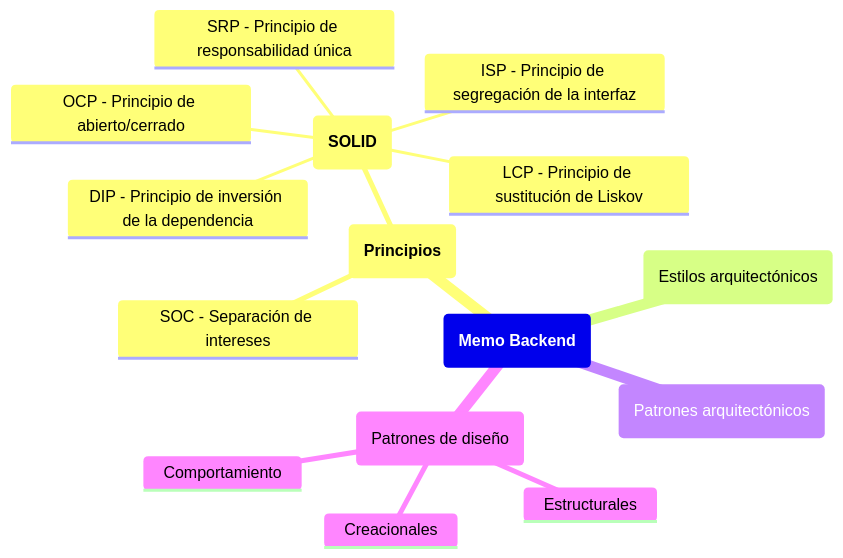
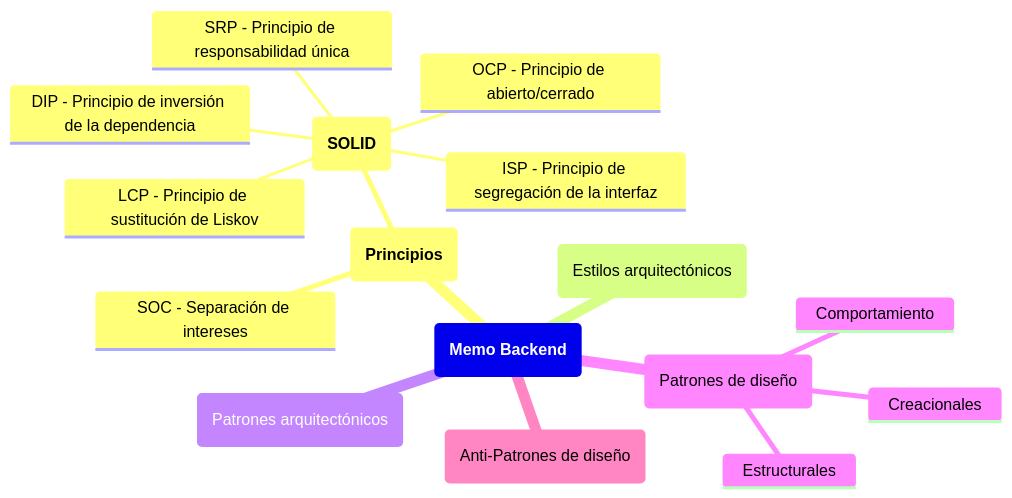
The first of 4 diagrams in pages/mapamental.md (urrestarazu-alejandro/memo-backend), drawn with Mermaid before and after one commit.

Commit message:
Mapa mental agrego anti-patrones

````diff
--- a/pages/mapamental.md
+++ b/pages/mapamental.md
@@ -10,27 +10,29 @@
 ```mermaid
 mindmap
   root("`**Memo Backend**`")
   ::icon(fas fa-memory)
     id("`**Principios**`")
         ::icon(fas fa-yin-yang)
         SOC - Separación de intereses
         id("`**SOLID**`")
         ::icon(fas fa-gem)
             SRP - Principio de responsabilidad única
             OCP - Principio de abierto/cerrado
             LCP - Principio de sustitución de Liskov
             ISP - Principio de segregación de la interfaz
             DIP - Principio de inversión de la dependencia
     id(Estilos arquitectónicos)
     ::icon(fas fa-university)
     id(Patrones arquitectónicos)
     ::icon(fas fa-igloo)
     id(Patrones de diseño)
     ::icon(fas fa-puzzle-piece)
         Creacionales
         ::icon(fas fa-industry)
         Estructurales
         ::icon(fas fa-cubes)
         Comportamiento
         ::icon(fas fa-key)
+    id(Anti-Patrones de diseño)
+    ::icon(fas fa-compass)
 ```  
````
